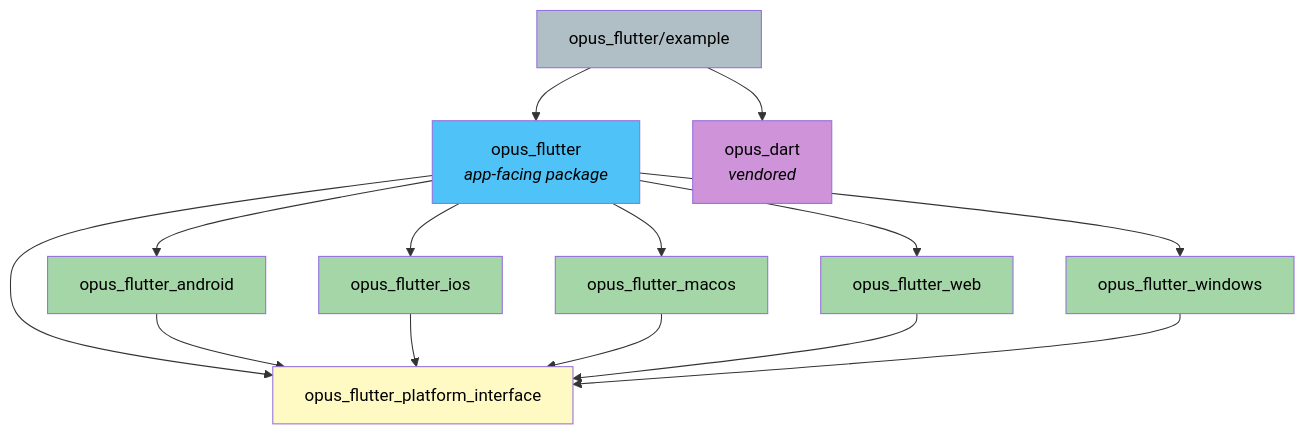
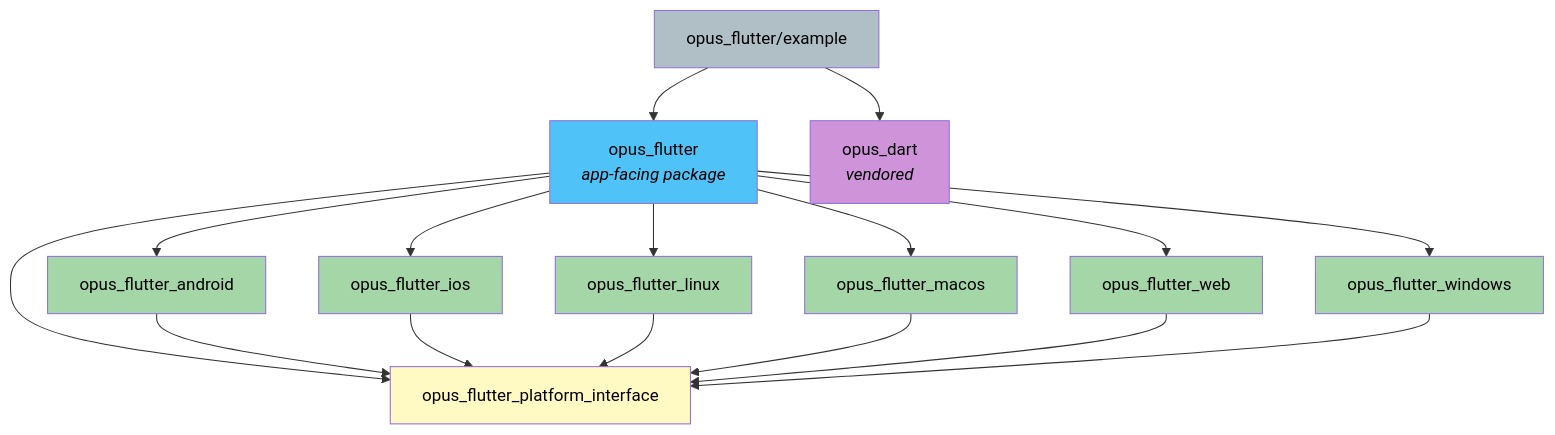
One commit to Corkscrews/opus_flutter changed the first of 4 diagrams in docs/architecture.md. Above: the diagram before and after it, drawn with Mermaid. The commit also changed other lines of this file and 10 other files, not shown here.

First line of the commit message:
Bundle opus binary for Linux and add 16 KB page size safeguard for Android

````diff
--- a/docs/architecture.md
+++ b/docs/architecture.md
@@ -19,28 +19,31 @@
 ```mermaid
 graph TD
     A[opus_flutter<br><i>app-facing package</i>] --> PI[opus_flutter_platform_interface]
     A --> AN[opus_flutter_android]
     A --> IO[opus_flutter_ios]
+    A --> LI[opus_flutter_linux]
     A --> MA[opus_flutter_macos]
     A --> WE[opus_flutter_web]
     A --> WI[opus_flutter_windows]
 
     AN --> PI
     IO --> PI
+    LI --> PI
     MA --> PI
     WE --> PI
     WI --> PI
 
     EX[opus_flutter/example] --> A
     EX --> OD[opus_dart<br><i>vendored</i>]
 
     style A fill:#4fc3f7,color:#000
     style PI fill:#fff9c4,color:#000
     style AN fill:#a5d6a7,color:#000
     style IO fill:#a5d6a7,color:#000
+    style LI fill:#a5d6a7,color:#000
     style MA fill:#a5d6a7,color:#000
     style WE fill:#a5d6a7,color:#000
     style WI fill:#a5d6a7,color:#000
     style OD fill:#ce93d8,color:#000
     style EX fill:#b0bec5,color:#000
 ```
````
